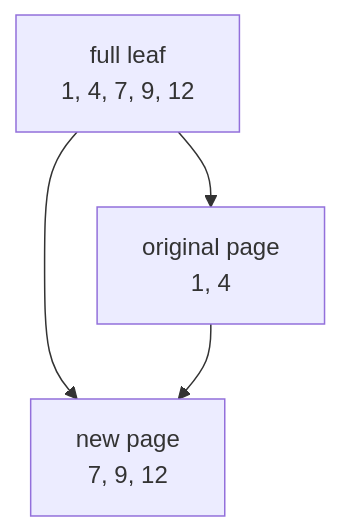
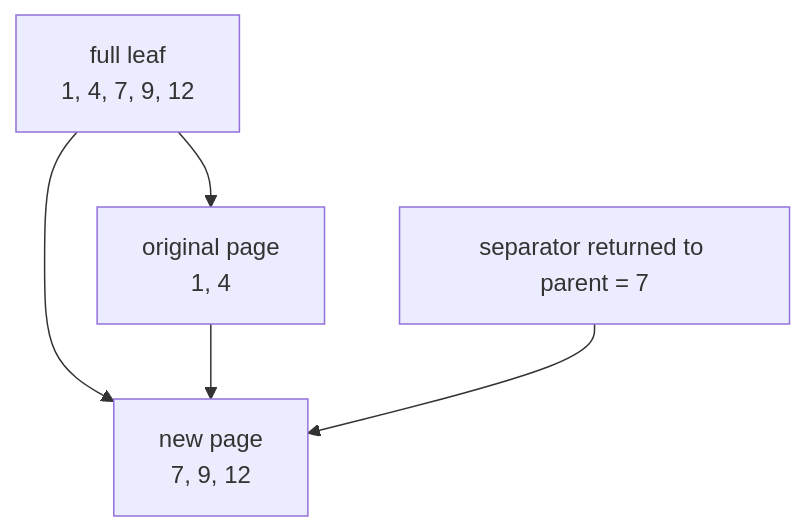
One commit to ubugeeei/learn-sqlite changed the fourth of 7 diagrams in docs/04-btree.md. Above: the diagram before and after it, drawn with Mermaid. The commit also changed other lines of this file and 2 other files, not shown here.

````diff
--- a/docs/04-btree.md
+++ b/docs/04-btree.md
@@ -20,6 +141,7 @@
 ```mermaid
 flowchart TD
   FULL["full leaf<br/>1, 4, 7, 9, 12"] --> LEFT["original page<br/>1, 4"]
   FULL --> RIGHT["new page<br/>7, 9, 12"]
   LEFT --> RIGHT
+  SEP["separator returned to parent = 7"] --> RIGHT
 ```
````
